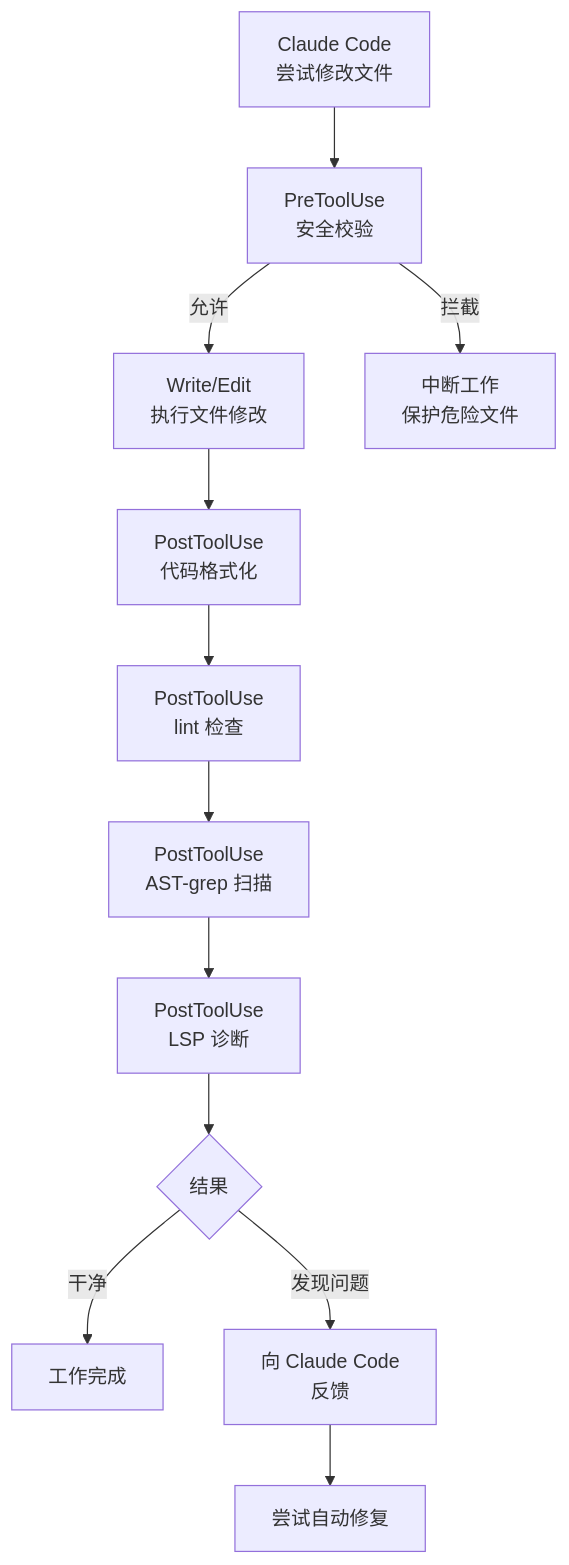
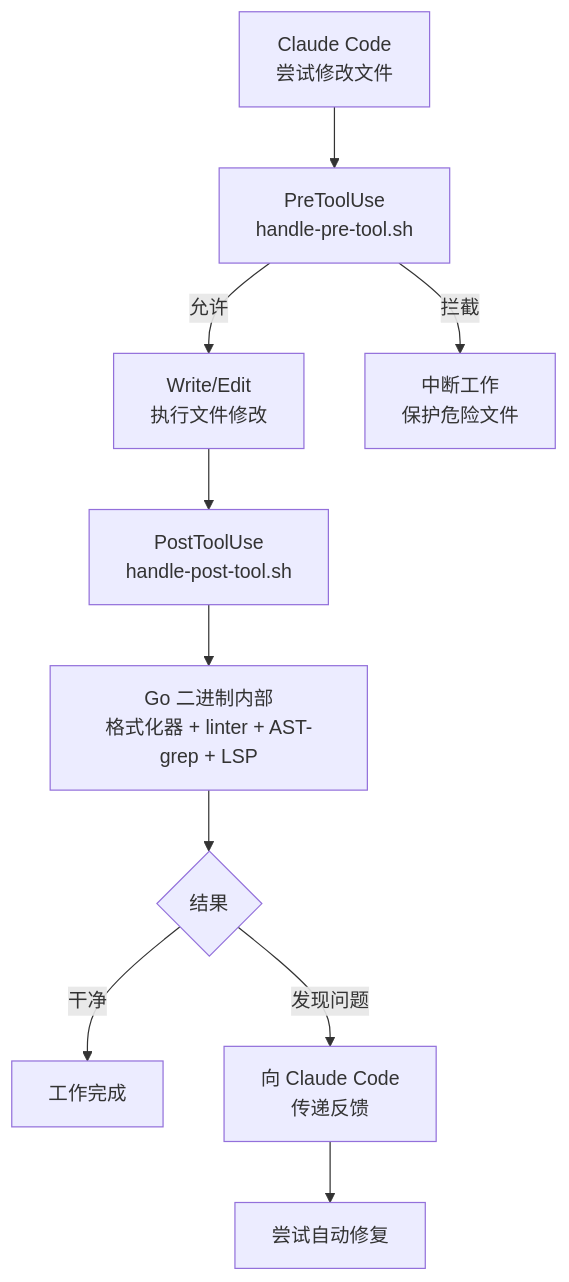
Before and after one commit to modu-ai/moai-adk: the second of 2 diagrams in docs-site/content/zh/advanced/hooks-guide.md, drawn with Mermaid. The commit also changed other lines of this file and 180 other files, not shown here.

````diff
--- a/docs-site/content/zh/advanced/hooks-guide.md
+++ b/docs-site/content/zh/advanced/hooks-guide.md
@@ -147,17 +147,15 @@
 ```mermaid
 flowchart TD
-    A["Claude Code<br>尝试修改文件"] --> B["PreToolUse<br>安全校验"]
+    A["Claude Code<br>尝试修改文件"] --> B["PreToolUse<br>handle-pre-tool.sh"]
 
     B -->|允许| C["Write/Edit<br>执行文件修改"]
     B -->|拦截| BLOCK["中断工作<br>保护危险文件"]
 
-    C --> D["PostToolUse<br>代码格式化"]
-    D --> E["PostToolUse<br>lint 检查"]
-    E --> F["PostToolUse<br>AST-grep 扫描"]
-    F --> G["PostToolUse<br>LSP 诊断"]
+    C --> D["PostToolUse<br>handle-post-tool.sh"]
+    D --> D1["Go 二进制内部<br>格式化器 + linter + AST-grep + LSP"]
 
-    G --> H{结果}
+    D1 --> H{结果}
     H -->|干净| I["工作完成"]
-    H -->|发现问题| J["向 Claude Code<br>反馈"]
+    H -->|发现问题| J["向 Claude Code<br>传递反馈"]
     J --> K["尝试自动修复"]
 ```
````
